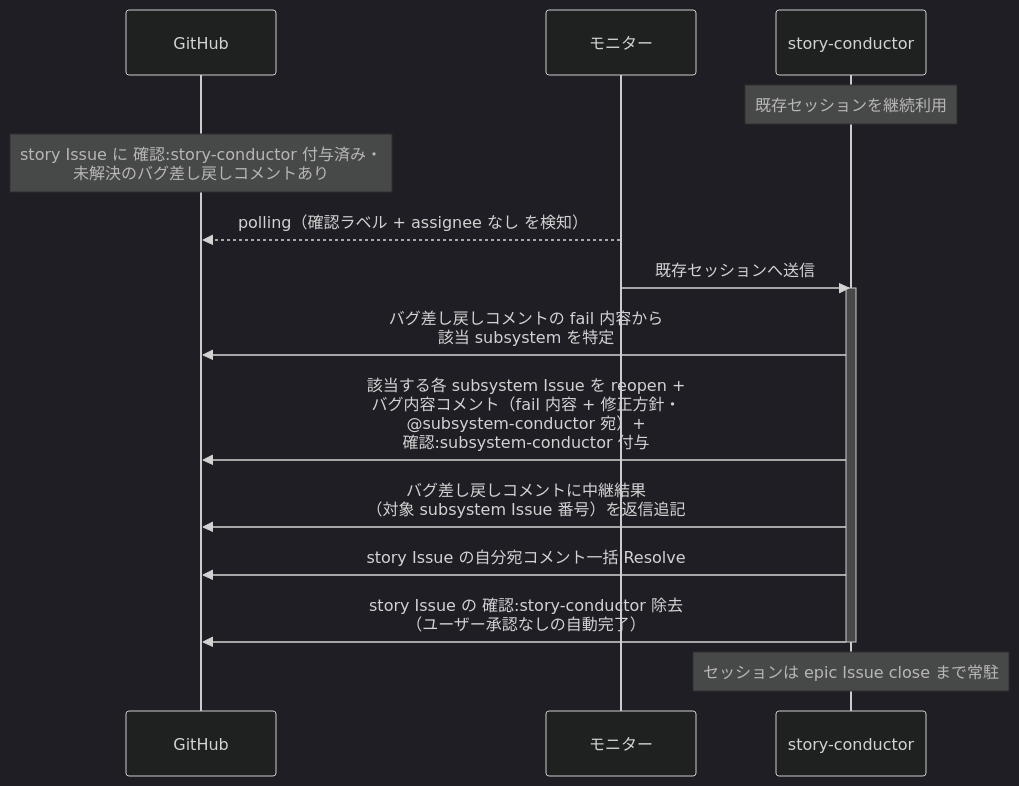
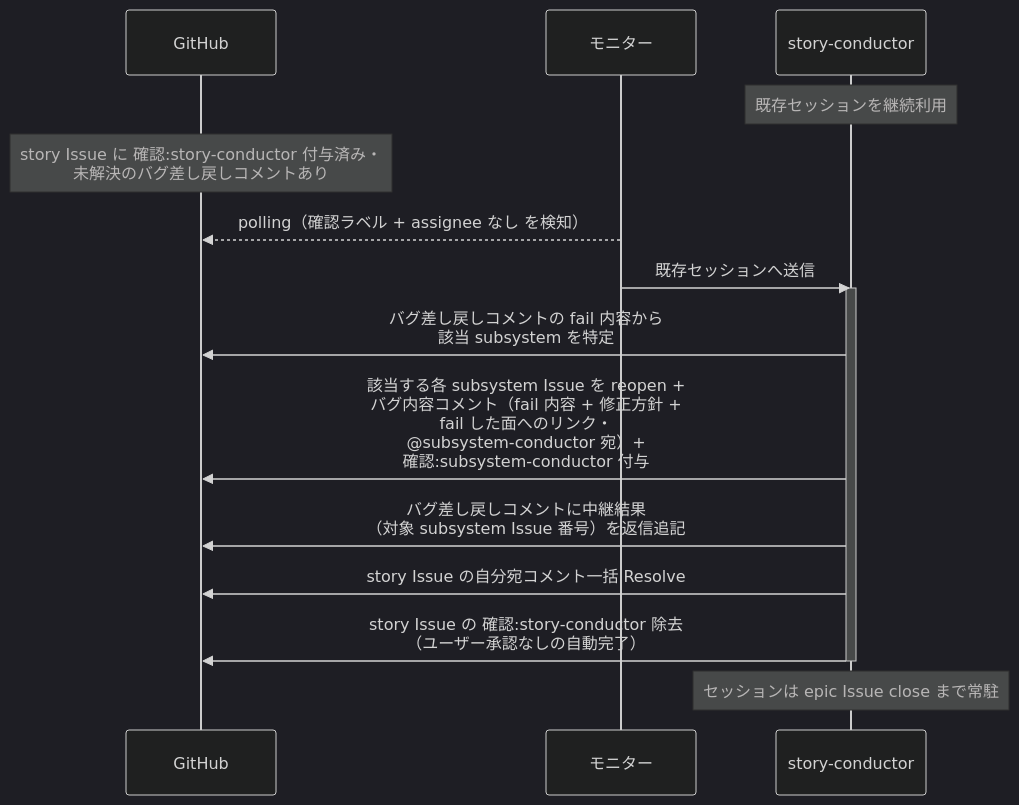
The first of 2 diagrams in docs/wiki/設計図/シナリオ/単一ユースケース/バグ差し戻しの中継.md (shuhei1101/ai-monitor), drawn with Mermaid (dark theme) before and after one commit. The commit also changed other lines of this file and 9 other files, not shown here.

````diff
--- a/docs/wiki/設計図/シナリオ/単一ユースケース/バグ差し戻しの中継.md
+++ b/docs/wiki/設計図/シナリオ/単一ユースケース/バグ差し戻しの中継.md
@@ -27,19 +27,19 @@
 ```mermaid
 sequenceDiagram
   participant GH as GitHub
   participant ORC as モニター
   participant MON as story-conductor
 
   Note over MON: 既存セッションを継続利用
   Note over GH: story Issue に 確認:story-conductor 付与済み・<br>未解決のバグ差し戻しコメントあり
   ORC-->>GH: polling（確認ラベル + assignee なし を検知）
   ORC->>MON: 既存セッションへ送信
   activate MON
   MON->>GH: バグ差し戻しコメントの fail 内容から<br>該当 subsystem を特定
-  MON->>GH: 該当する各 subsystem Issue を reopen +<br>バグ内容コメント（fail 内容 + 修正方針・<br>@subsystem-conductor 宛）+<br>確認:subsystem-conductor 付与
+  MON->>GH: 該当する各 subsystem Issue を reopen +<br>バグ内容コメント（fail 内容 + 修正方針 +<br>fail した面へのリンク・<br>@subsystem-conductor 宛）+<br>確認:subsystem-conductor 付与
   MON->>GH: バグ差し戻しコメントに中継結果<br>（対象 subsystem Issue 番号）を返信追記
   MON->>GH: story Issue の自分宛コメント一括 Resolve
   MON->>GH: story Issue の 確認:story-conductor 除去<br>（ユーザー承認なしの自動完了）
   deactivate MON
   Note over MON: セッションは epic Issue close まで常駐
 ```
````
